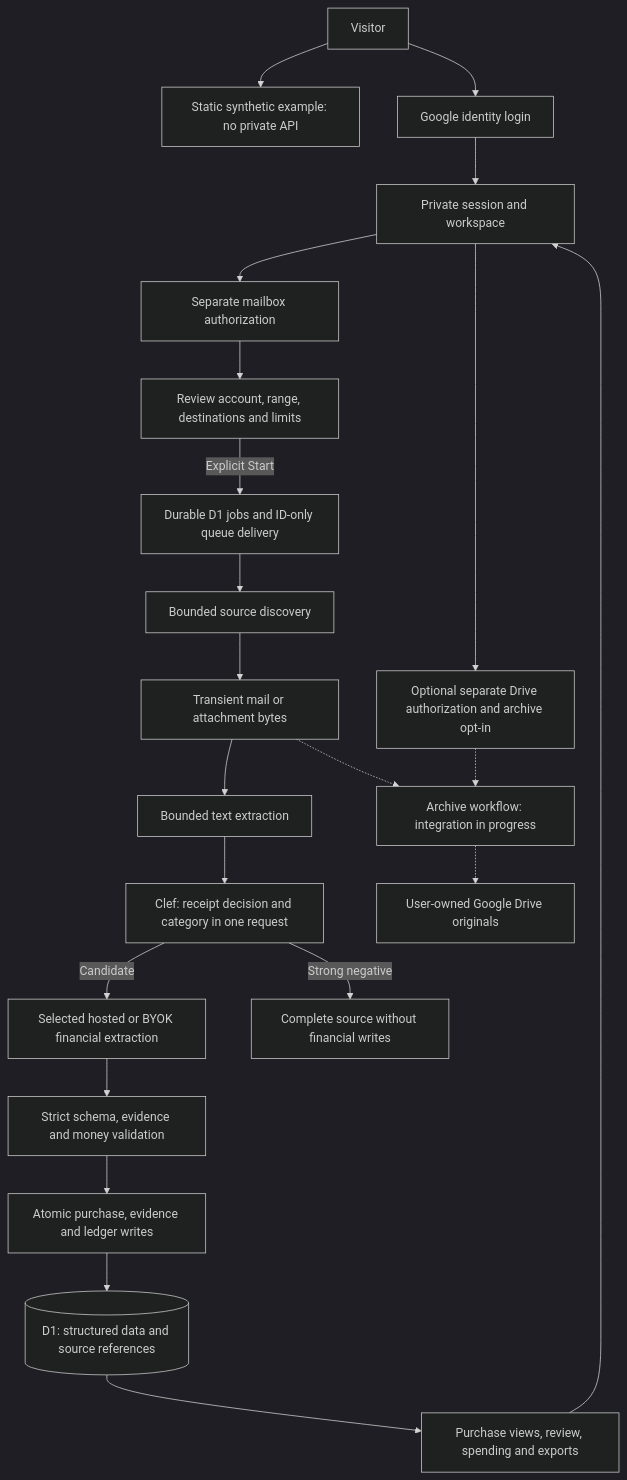
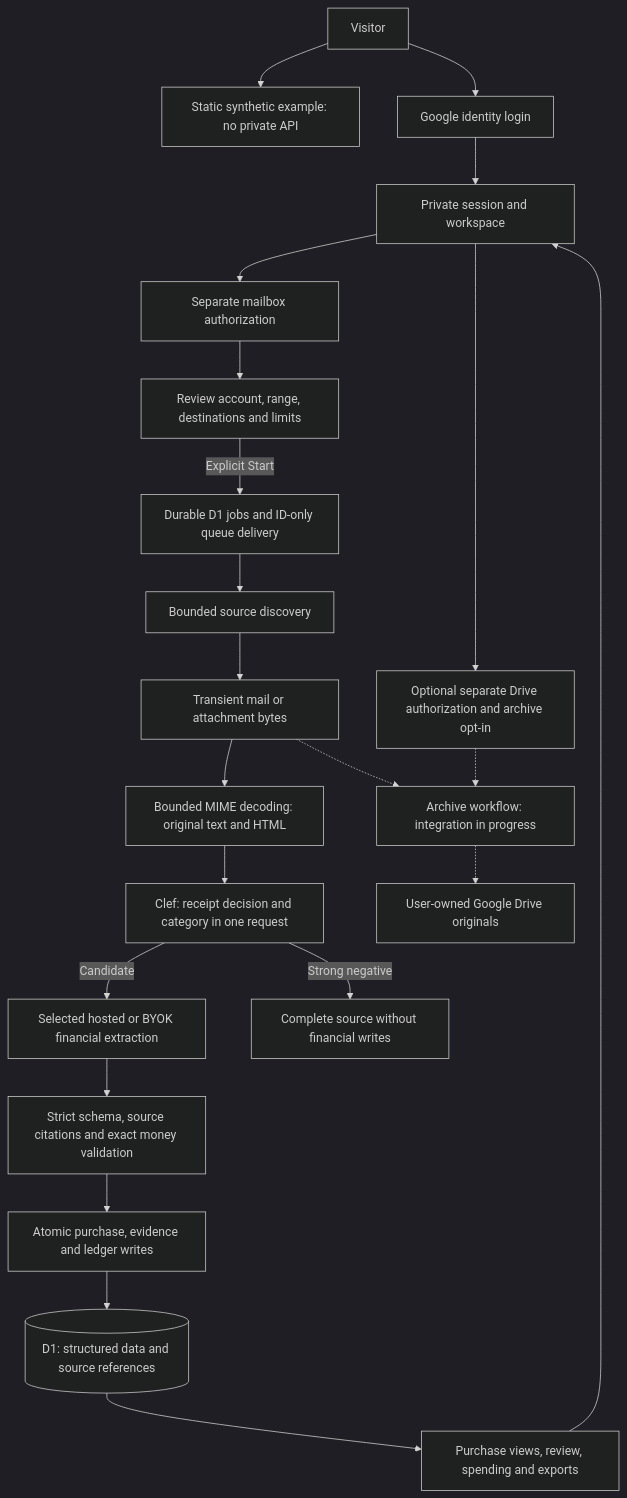
The second of 2 diagrams in README.md (mhosseinab/invoxim), drawn with Mermaid (dark theme) before and after one commit. The commit also changed other lines of this file and 8 other files, not shown here.

````diff
--- a/README.md
+++ b/README.md
@@ -140,24 +140,24 @@
 ```mermaid
 flowchart TD
   Visitor[Visitor] --> Example[Static synthetic example: no private API]
   Visitor --> Login[Google identity login]
   Login --> Session[Private session and workspace]
   Session --> MailConsent[Separate mailbox authorization]
   MailConsent --> Review[Review account, range, destinations and limits]
   Review -->|Explicit Start| Jobs[Durable D1 jobs and ID-only queue delivery]
   Jobs --> Discovery[Bounded source discovery]
   Discovery --> Content[Transient mail or attachment bytes]
-  Content --> Parser[Bounded text extraction]
-  Parser --> Clef[Clef: receipt decision and category in one request]
+  Content --> Input[Bounded MIME decoding: original text and HTML]
+  Input --> Clef[Clef: receipt decision and category in one request]
   Clef -->|Candidate| AI[Selected hosted or BYOK financial extraction]
   Clef -->|Strong negative| Complete[Complete source without financial writes]
-  AI --> Validation[Strict schema, evidence and money validation]
+  AI --> Validation[Strict schema, source citations and exact money validation]
   Validation --> Ledger[Atomic purchase, evidence and ledger writes]
   Ledger --> Data[(D1: structured data and source references)]
   Data --> Views[Purchase views, review, spending and exports]
   Views --> Session
   Session --> DriveConsent[Optional separate Drive authorization and archive opt-in]
   DriveConsent -.-> Archive[Archive workflow: integration in progress]
   Content -.-> Archive
   Archive -.-> Drive[User-owned Google Drive originals]
 ```
````
